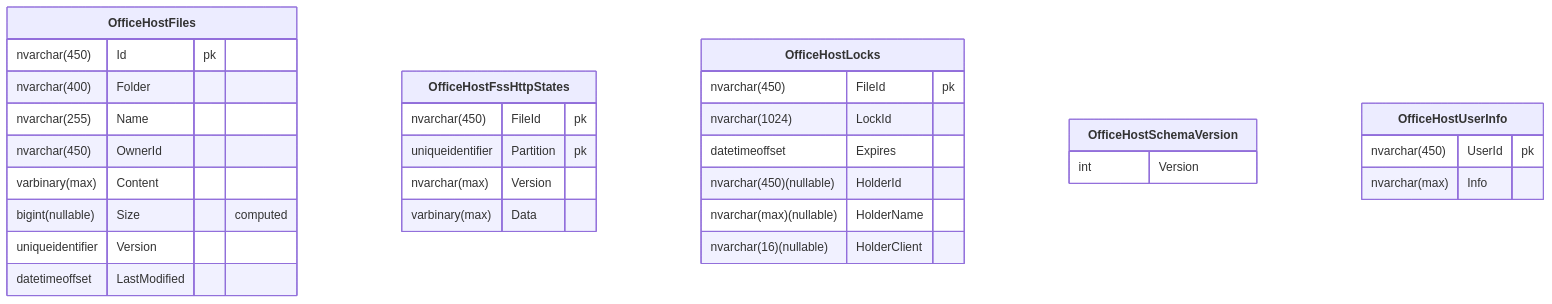
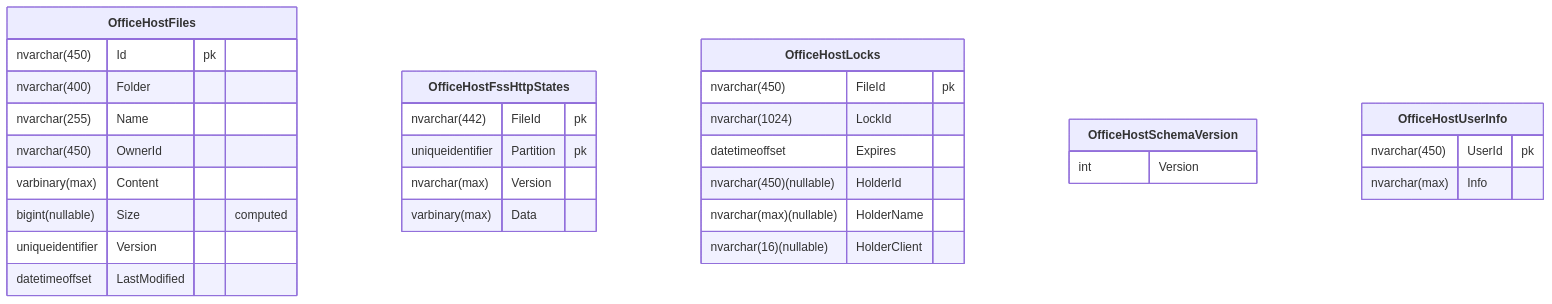
One commit to Papyrine/OfficeHost changed the diagram in docs/sqlserver-tables.include.md. Above: the diagram before and after it, drawn with Mermaid. The commit also changed 7 other files, not shown here.

````diff
--- a/docs/sqlserver-tables.include.md
+++ b/docs/sqlserver-tables.include.md
@@ -2,34 +2,34 @@
 ```mermaid
 erDiagram
   "OfficeHostFiles"["**OfficeHostFiles**"] {
     nvarchar(450) Id pk
     nvarchar(400) Folder
     nvarchar(255) Name
     nvarchar(450) OwnerId
     varbinary(max) Content
     bigint(nullable) Size "computed"
     uniqueidentifier Version
     datetimeoffset LastModified
   }
   "OfficeHostFssHttpStates"["**OfficeHostFssHttpStates**"] {
-    nvarchar(450) FileId pk
+    nvarchar(442) FileId pk
     uniqueidentifier Partition pk
     nvarchar(max) Version
     varbinary(max) Data
   }
   "OfficeHostLocks"["**OfficeHostLocks**"] {
     nvarchar(450) FileId pk
     nvarchar(1024) LockId
     datetimeoffset Expires
     nvarchar(450)(nullable) HolderId
     nvarchar(max)(nullable) HolderName
     nvarchar(16)(nullable) HolderClient
   }
   "OfficeHostSchemaVersion"["**OfficeHostSchemaVersion**"] {
     int Version
   }
   "OfficeHostUserInfo"["**OfficeHostUserInfo**"] {
     nvarchar(450) UserId pk
     nvarchar(max) Info
   }
 ```
````
